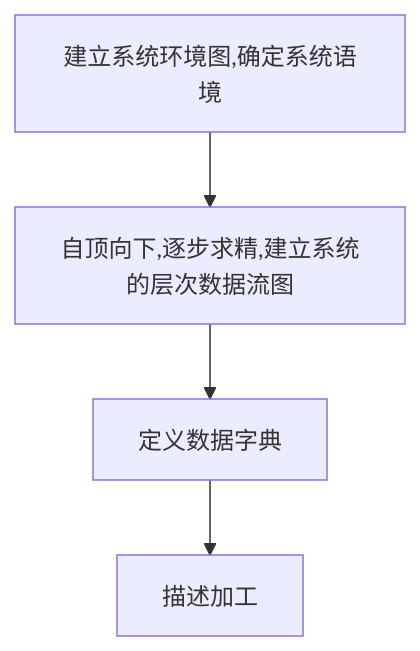
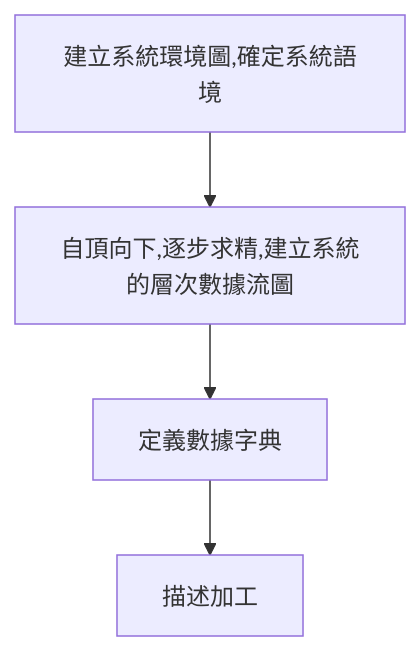
Before and after one commit to chchoiw/chchoiw.github.io: the fourth of 4 diagrams in _posts/2022-07-04-02333-software_engineer.md, drawn with Mermaid. The commit also changed other lines of this file, not shown here.

````diff
--- a/_posts/2022-07-04-02333-software_engineer.md
+++ b/_posts/2022-07-04-02333-software_engineer.md
@@ -256,11 +256,11 @@
 ```mermaid
 graph TB
-id1[建立系统环境图,确定系统语境]
-id2[自顶向下,逐步求精,建立系统的层次数据流图]
-id3[定义数据字典]
+id1[建立系統環境圖,確定系統語境]
+id2[自頂向下,逐步求精,建立系統的層次數據流圖]
+id3[定義數據字典]
 id4[描述加工]
 
 id1-->id2
 id2-->id3
 id3-->id4
 ```
````
